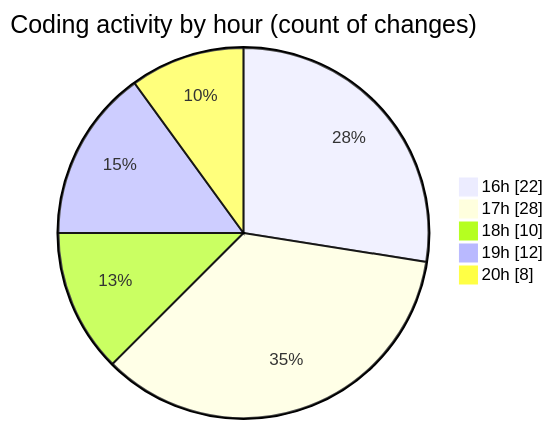
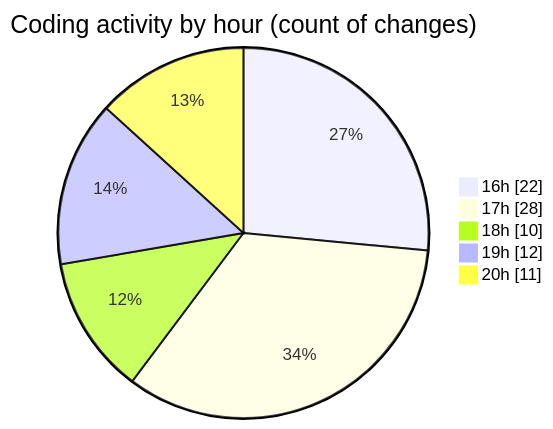
The second of 2 diagrams in 2026-02-17/bot_v1_2/README.md (becaeroporto-bot/code-tracking), drawn with Mermaid before and after one commit. The commit also changed other lines of this file and 1 other file, not shown here.

````diff
--- a/2026-02-17/bot_v1_2/README.md
+++ b/2026-02-17/bot_v1_2/README.md
@@ -52,9 +52,9 @@
 ```mermaid
 pie showData
 title Coding activity by hour (count of changes)
 "16h" : 22
 "17h" : 28
 "18h" : 10
 "19h" : 12
-"20h" : 8
+"20h" : 11
 ```
````
